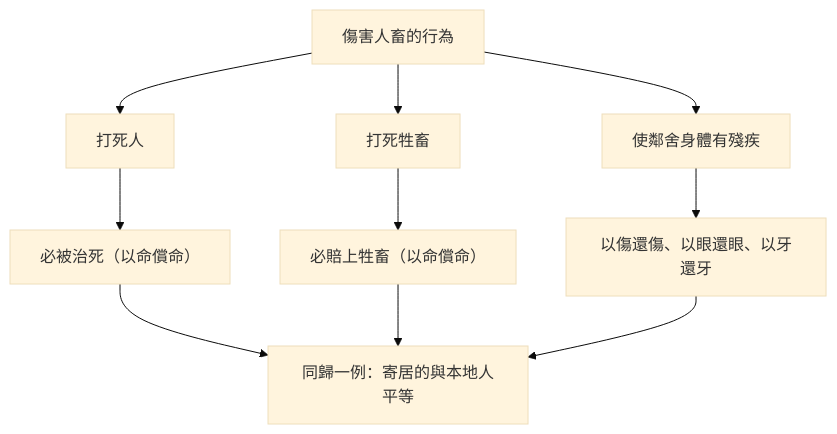
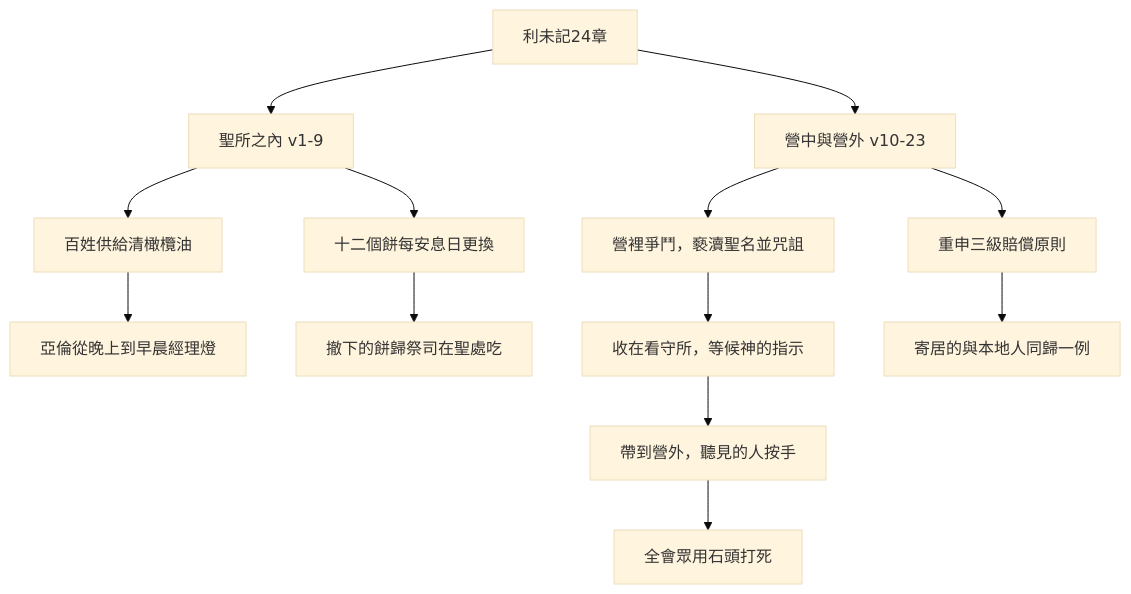
Before and after one commit to andyjr5566/Bible_wiki_zh: the diagram in 03 利未記/第24章.md, drawn with Mermaid (base theme). The commit also changed other lines of this file and 36 other files, not shown here.

````diff
--- a/03 利未記/第24章.md
+++ b/03 利未記/第24章.md
@@ -106,12 +133,15 @@
 ```mermaid
 flowchart TD
-    A["傷害人畜的行為"] --> B["打死人"]
-    A --> C["打死牲畜"]
-    A --> D["使鄰舍身體有殘疾"]
-    B --> E["必被治死（以命償命）"]
-    C --> F["必賠上牲畜（以命償命）"]
-    D --> G["以傷還傷、以眼還眼、以牙還牙"]
-    E --> H["同歸一例：寄居的與本地人平等"]
-    F --> H
-    G --> H
+    A["利未記24章"] --> B["聖所之內 v1-9"]
+    A --> C["營中與營外 v10-23"]
+    B --> B1["百姓供給清橄欖油"]
+    B1 --> B2["亞倫從晚上到早晨經理燈"]
+    B --> B3["十二個餅每安息日更換"]
+    B3 --> B4["撤下的餅歸祭司在聖處吃"]
+    C --> C1["營裡爭鬥，褻瀆聖名並咒詛"]
+    C1 --> C2["收在看守所，等候神的指示"]
+    C2 --> C3["帶到營外，聽見的人按手"]
+    C3 --> C4["全會眾用石頭打死"]
+    C --> C5["重申三級賠償原則"]
+    C5 --> C6["寄居的與本地人同歸一例"]
 ```
````
